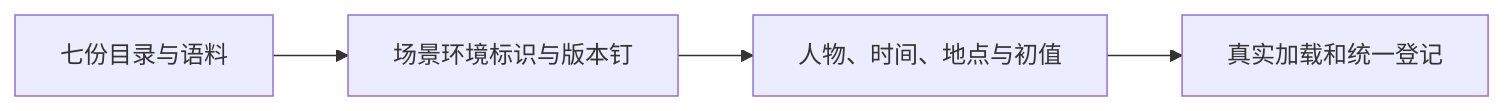
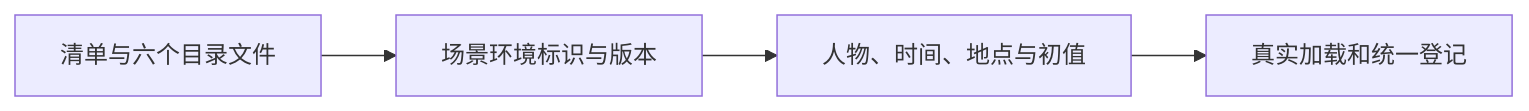
One commit to HoldThatThgt/WorldMock changed the diagram in docs/manual/scenarios.md. Above: the diagram before and after it, drawn with Mermaid. The commit also changed other lines of this file and 164 other files, not shown here.

````diff
--- a/docs/manual/scenarios.md
+++ b/docs/manual/scenarios.md
@@ -39,6 +32,6 @@
 ```mermaid
 flowchart LR
-    E[七份目录与语料] --> P[场景环境标识与版本钉]
+    E[清单与六个目录文件] --> P[场景环境标识与版本]
     P --> S[人物、时间、地点与初值]
     S --> V[真实加载和统一登记]
 ```
````
